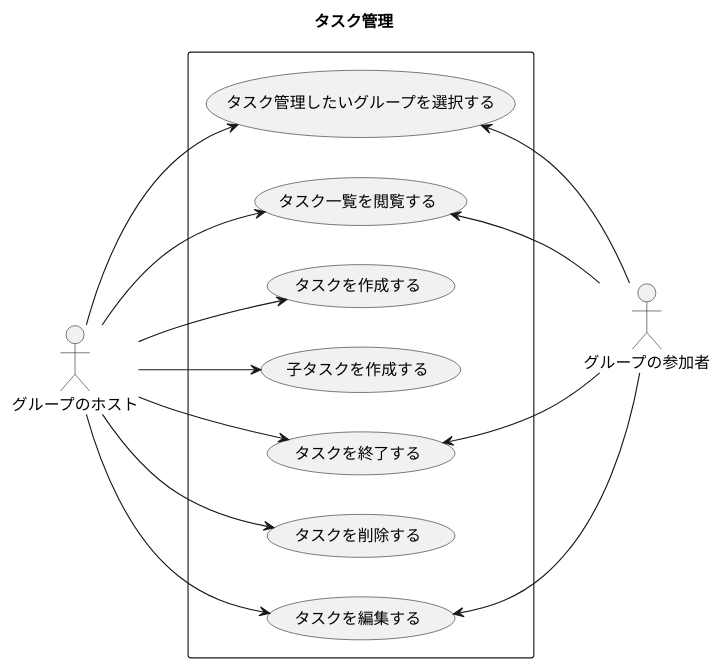
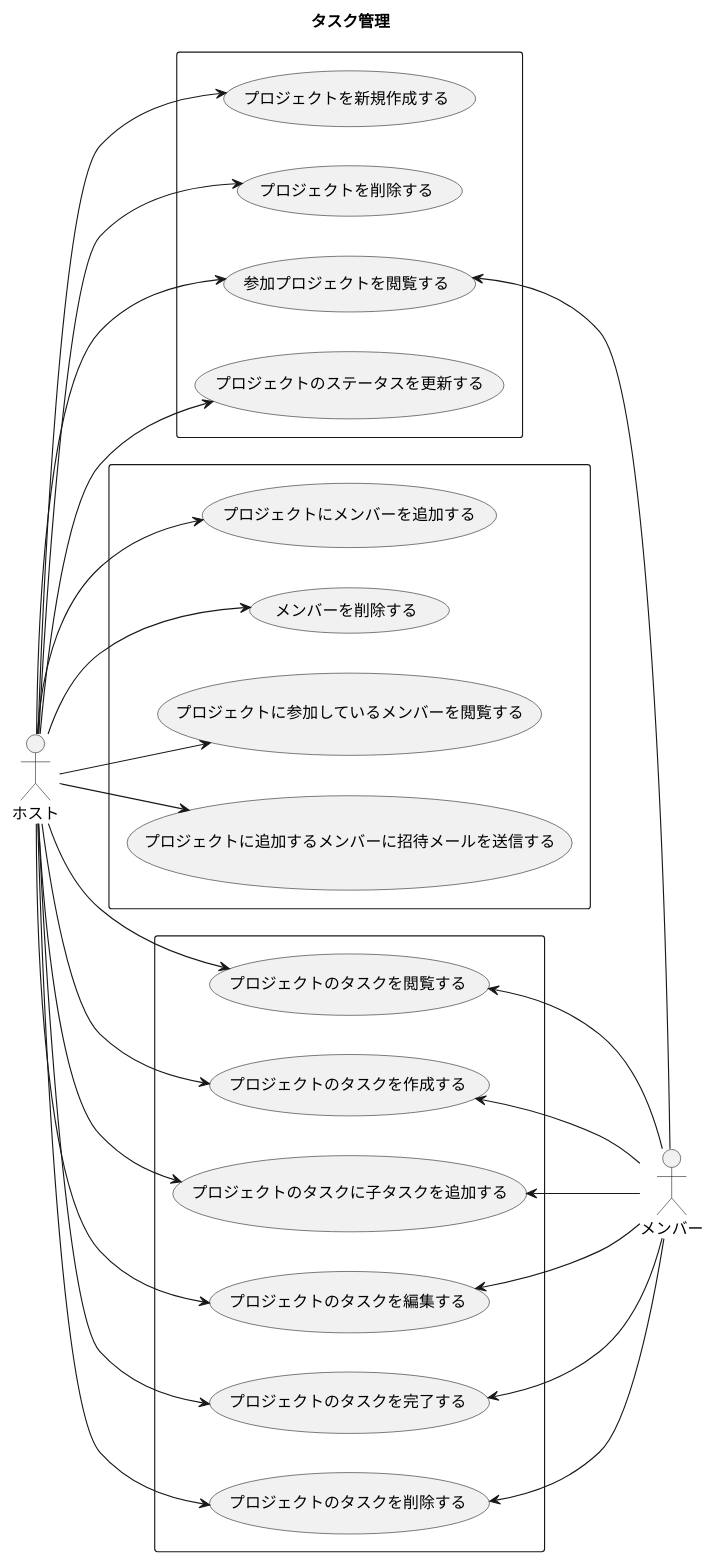
The diagram in task_management/modelingDiagram/useCaseDiagram/タスク管理.pu (h-maki2/my_ddd_sample), drawn with PlantUML before and after one commit. The commit also changed 4 other files, not shown here.

Commit message:
ドメインモデル図を作成

```diff
--- a/task_management/modelingDiagram/useCaseDiagram/タスク管理.pu
+++ b/task_management/modelingDiagram/useCaseDiagram/タスク管理.pu
@@ -1,20 +1,36 @@
 @startuml タスク管理
 title タスク管理
 left to right direction
-actor グループのホスト
-actor グループの参加者
+actor ホスト
+actor メンバー
 
 rectangle {
-    グループのホスト --> (タスク管理したいグループを選択する)
-    グループのホスト --> (タスク一覧を閲覧する)
-    グループのホスト --> (タスクを作成する)
-    グループのホスト --> (子タスクを作成する)
-    グループのホスト --> (タスクを終了する)
-    グループのホスト --> (タスクを削除する)
-    グループのホスト --> (タスクを編集する)
-    (タスク管理したいグループを選択する) <-- グループの参加者
-    (タスク一覧を閲覧する) <-- グループの参加者
-    (タスクを終了する) <-- グループの参加者
-    (タスクを編集する) <-- グループの参加者
+    ホスト --> (プロジェクトを新規作成する)
+    ホスト --> (プロジェクトを削除する)
+    ホスト --> (参加プロジェクトを閲覧する)
+    ホスト --> (プロジェクトのステータスを更新する)
+    (参加プロジェクトを閲覧する) <-- メンバー
+}
+
+rectangle {
+    ホスト --> (プロジェクトにメンバーを追加する)
+    ホスト --> (メンバーを削除する)
+    ホスト --> (プロジェクトに参加しているメンバーを閲覧する)
+    ホスト --> (プロジェクトに追加するメンバーに招待メールを送信する)
+}
+
+rectangle {
+    ホスト --> (プロジェクトのタスクを閲覧する)
+    ホスト --> (プロジェクトのタスクを作成する)
+    ホスト --> (プロジェクトのタスクに子タスクを追加する)
+    ホスト --> (プロジェクトのタスクを編集する)
+    ホスト --> (プロジェクトのタスクを完了する)
+    ホスト --> (プロジェクトのタスクを削除する)
+    (プロジェクトのタスクを作成する) <-- メンバー
+    (プロジェクトのタスクに子タスクを追加する) <-- メンバー
+    (プロジェクトのタスクを編集する) <-- メンバー
+    (プロジェクトのタスクを完了する) <-- メンバー
+    (プロジェクトのタスクを削除する) <-- メンバー
+    (プロジェクトのタスクを閲覧する) <-- メンバー
 }
 @enduml
```
